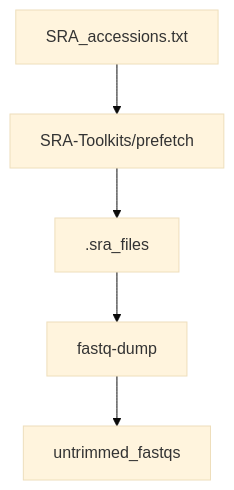
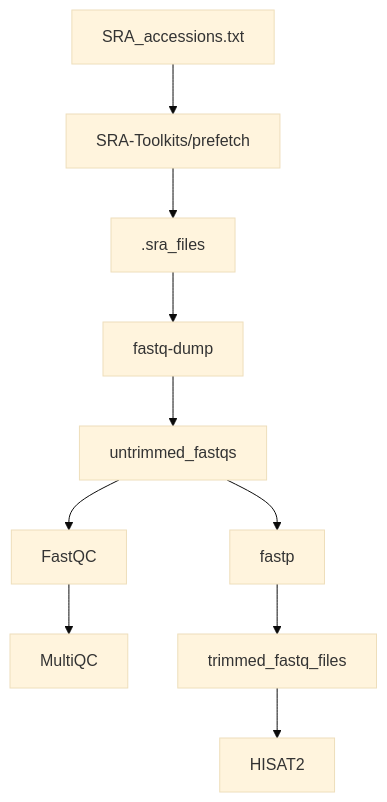
The diagram in README.md (aharia22/Novel-Biomarker-Prediction-for-Lung-Cancer), drawn with Mermaid (base theme) before and after one commit.

````diff
--- a/README.md
+++ b/README.md
@@ -16,7 +16,12 @@
 ```mermaid
 graph TD;
     SRA_accessions.txt-->SRA-Toolkits/prefetch;
     SRA-Toolkits/prefetch-->.sra_files;
     .sra_files-->fastq-dump;
     fastq-dump-->untrimmed_fastqs;
+    untrimmed_fastqs-->FastQC;
+    FastQC-->MultiQC
+    untrimmed_fastqs-->fastp;
+    fastp-->trimmed_fastq_files;
+    trimmed_fastq_files-->HISAT2;
 ```
````
